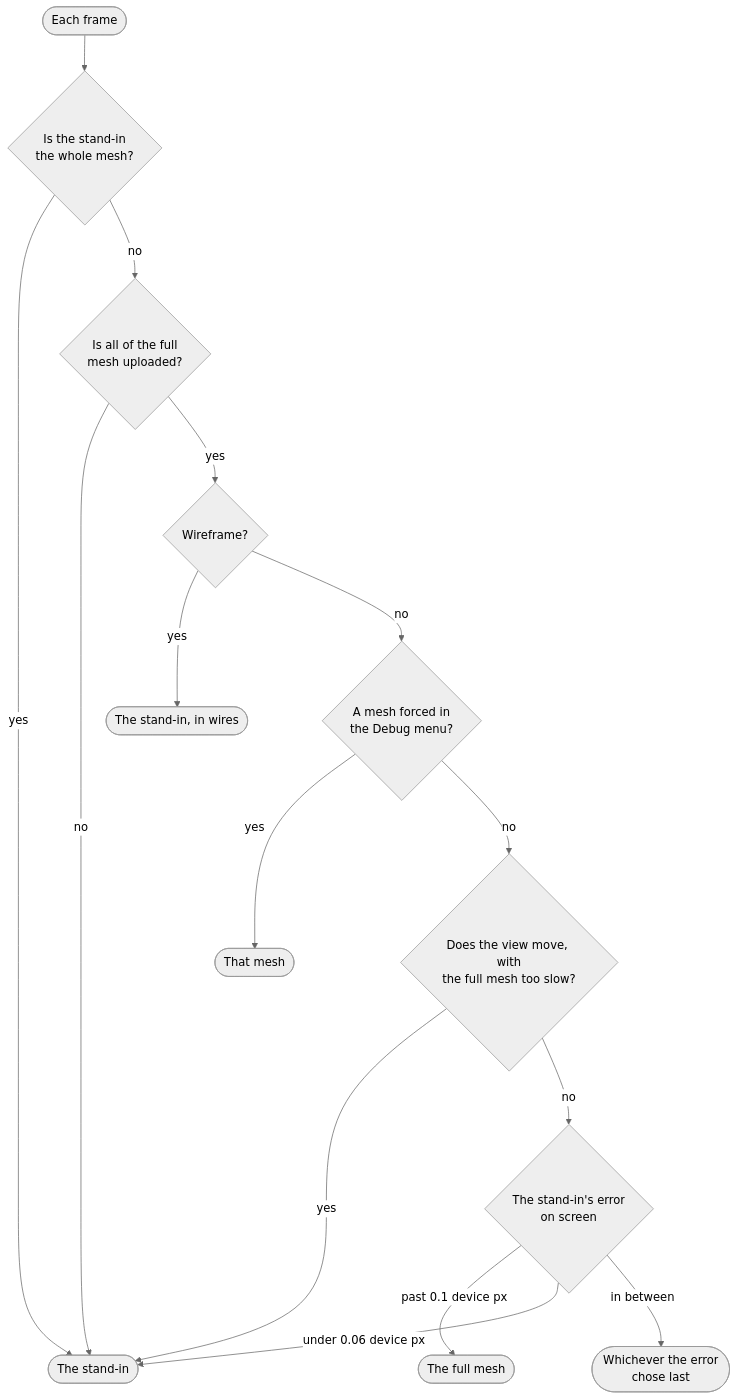
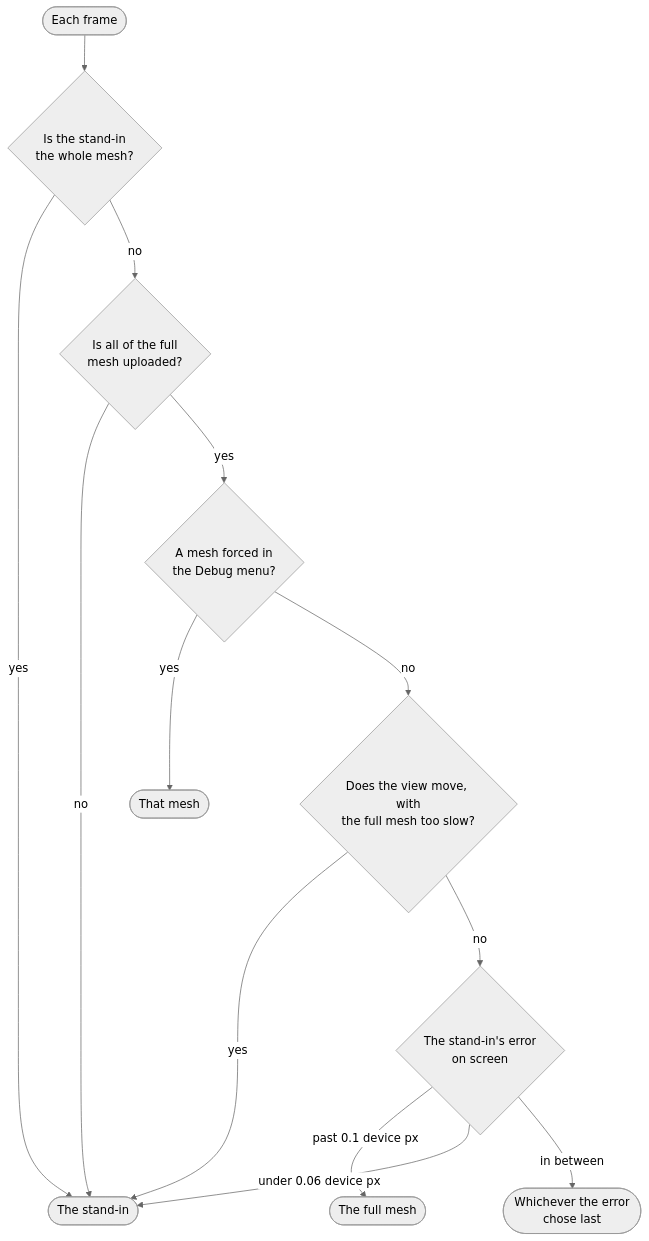
Before and after one commit to openbraininstitute/core-web-app: the fourth of 4 diagrams in src/features/entities/em-cell-mesh/viewer/README.md, drawn with Mermaid (neutral theme). The commit also changed other lines of this file and 12 other files, not shown here.

First line of the commit message:
feat(em-cell-mesh): drop the Wireframe switch, which drew only the simplified stand-in

````diff
--- a/src/features/entities/em-cell-mesh/viewer/README.md
+++ b/src/features/entities/em-cell-mesh/viewer/README.md
@@ -114,17 +114,15 @@
 ```mermaid
 flowchart TD
   frame(["Each frame"]) --> whole{"Is the stand-in<br/>the whole mesh?"}
   whole -- yes --> standIn(["The stand-in"])
   whole -- no --> uploaded{"Is all of the full<br/>mesh uploaded?"}
   uploaded -- no --> standIn
-  uploaded -- yes --> wireframe{"Wireframe?"}
-  wireframe -- yes --> wires(["The stand-in, in wires"])
-  wireframe -- no --> forced{"A mesh forced in<br/>the Debug menu?"}
+  uploaded -- yes --> forced{"A mesh forced in<br/>the Debug menu?"}
   forced -- yes --> chosen(["That mesh"])
   forced -- no --> slow{"Does the view move, with<br/>the full mesh too slow?"}
   slow -- yes --> standIn
   slow -- no --> error{"The stand-in's error<br/>on screen"}
   error -- "past 0.1 device px" --> full(["The full mesh"])
   error -- "under 0.06 device px" --> standIn
   error -- "in between" --> same(["Whichever the error<br/>chose last"])
 ```
````
